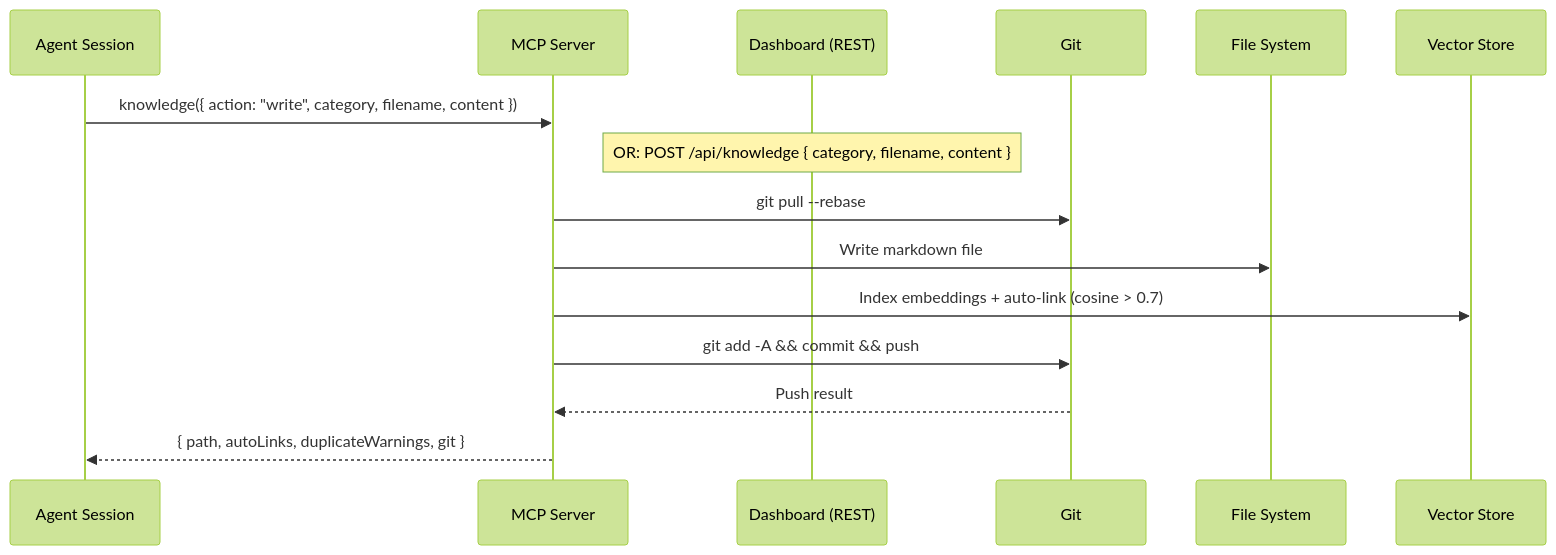
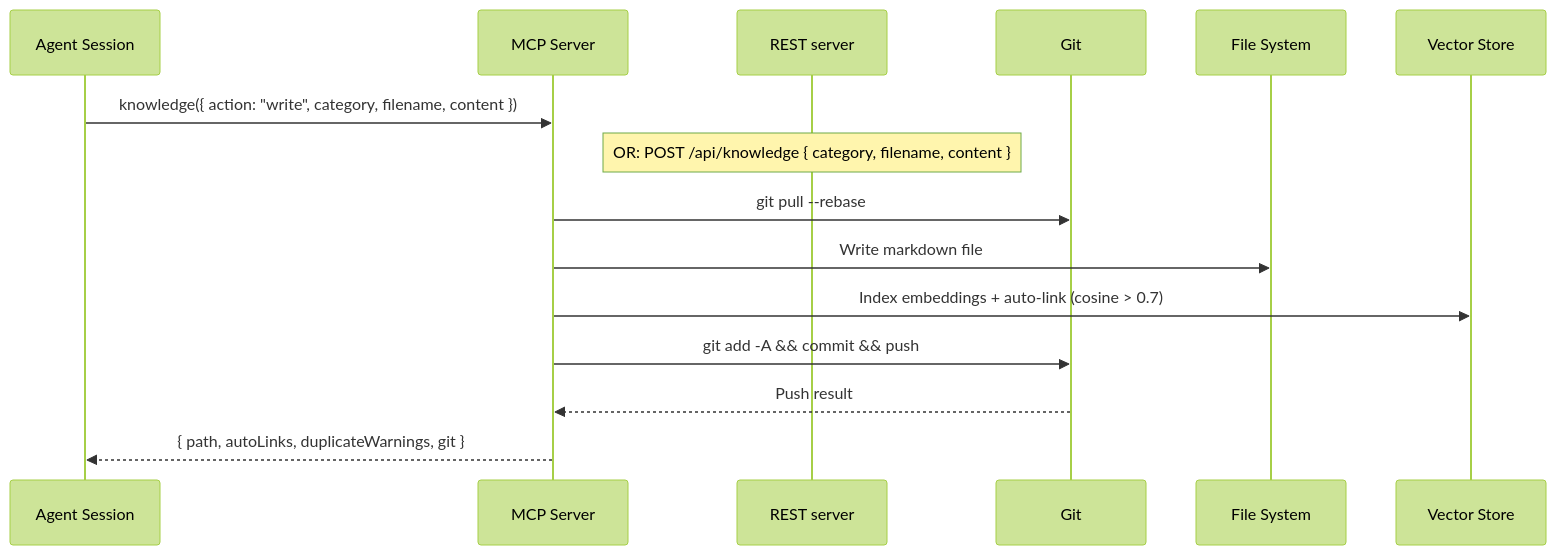
Before and after one commit to keshrath/agent-knowledge: the third of 3 diagrams in docs/ARCHITECTURE.md, drawn with Mermaid (forest theme). The commit also changed other lines of this file and 115 other files, not shown here.

Commit message:
v2.0.0: /knowledge Claude Code pane replaces the web dashboard; REST takeover; no agent-common; search excerpts, tool-call parsing and session end times fixed; real-CLI e2e for pane and every MCP tool; user manual with screenshots and GIFs

````diff
--- a/docs/ARCHITECTURE.md
+++ b/docs/ARCHITECTURE.md
@@ -500,18 +489,18 @@
 ```mermaid
 sequenceDiagram
     participant C as Agent Session
     participant S as MCP Server
-    participant D as Dashboard (REST)
+    participant D as REST server
     participant G as Git
     participant F as File System
     participant V as Vector Store
 
     C->>S: knowledge({ action: "write", category, filename, content })
     Note over D: OR: POST /api/knowledge { category, filename, content }
     S->>G: git pull --rebase
     S->>F: Write markdown file
     S->>V: Index embeddings + auto-link (cosine > 0.7)
     S->>G: git add -A && commit && push
     G-->>S: Push result
     S-->>C: { path, autoLinks, duplicateWarnings, git }
 ```
````
